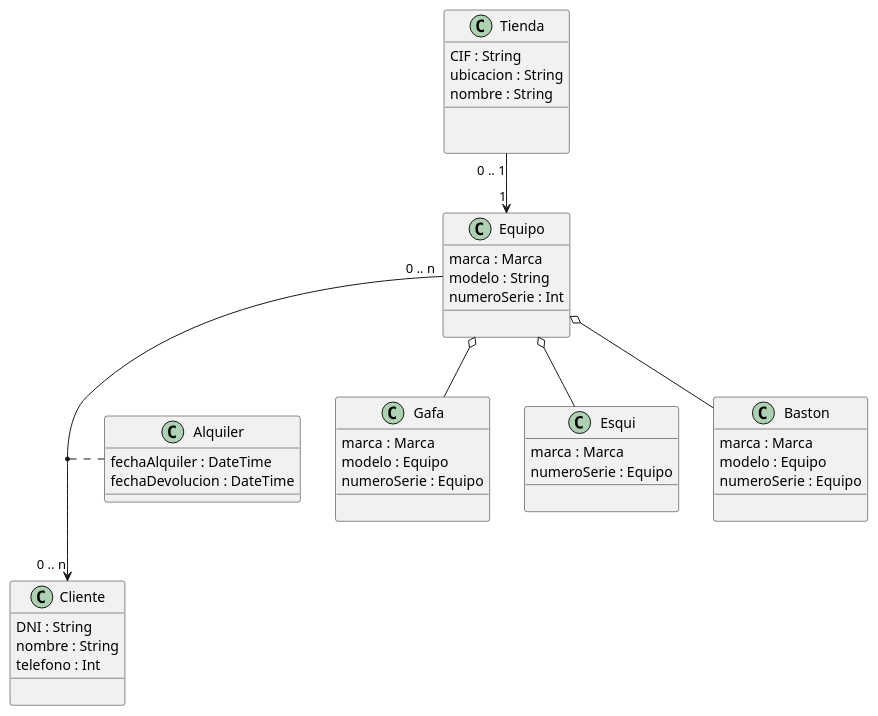
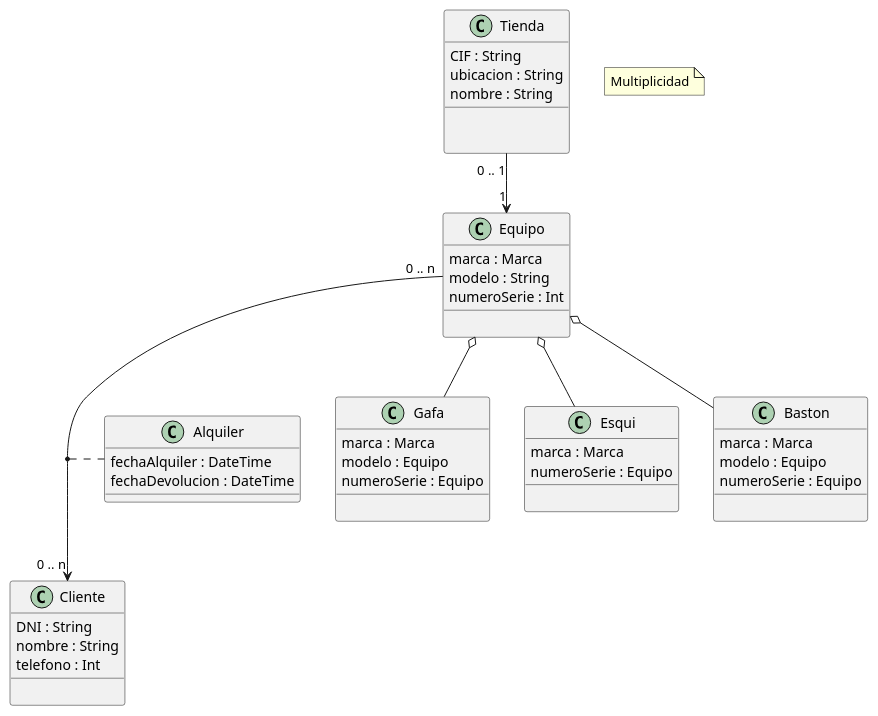
One commit to IsmaDevBalmis/ED changed the diagram in Ejercicio 3/ejercicio 3.plantuml. Above: the diagram before and after it, drawn with PlantUML.

Commit message:
Correcciones ejercicio 3

```diff
--- a/Ejercicio 3/ejercicio 3.plantuml
+++ b/Ejercicio 3/ejercicio 3.plantuml
@@ -1,62 +1,65 @@
 @startuml
 
 Tienda "0 .. 1" --> "1" Equipo
 Equipo o-- Gafa
 Equipo o-- Esqui
 Equipo o-- Baston
 Equipo "0 .. n" --> "0 .. n" Cliente
 (Equipo,Cliente) .. Alquiler
 
 class Tienda {
   CIF : String
   ubicacion : String
   nombre : String
   __
   
 
 }
 
 class Equipo {
     marca : Marca
     modelo : String
     numeroSerie : Int
     __
 
 }
 
 class Cliente{
     DNI : String
     nombre : String
     telefono : Int
     __
 
 }
 
 class Baston{
     marca : Marca
     modelo : Equipo
     numeroSerie : Equipo
     __
 
 }
 
 class Gafa{
     marca : Marca
     modelo : Equipo
     numeroSerie : Equipo
     __
 
 }
 
 class Esqui{
     marca : Marca
     numeroSerie : Equipo
     __
 
 }
 
 class Alquiler{
     fechaAlquiler : DateTime
     fechaDevolucion : DateTime
 }
+note as N1
+  Multiplicidad
+end note
 @enduml
```
